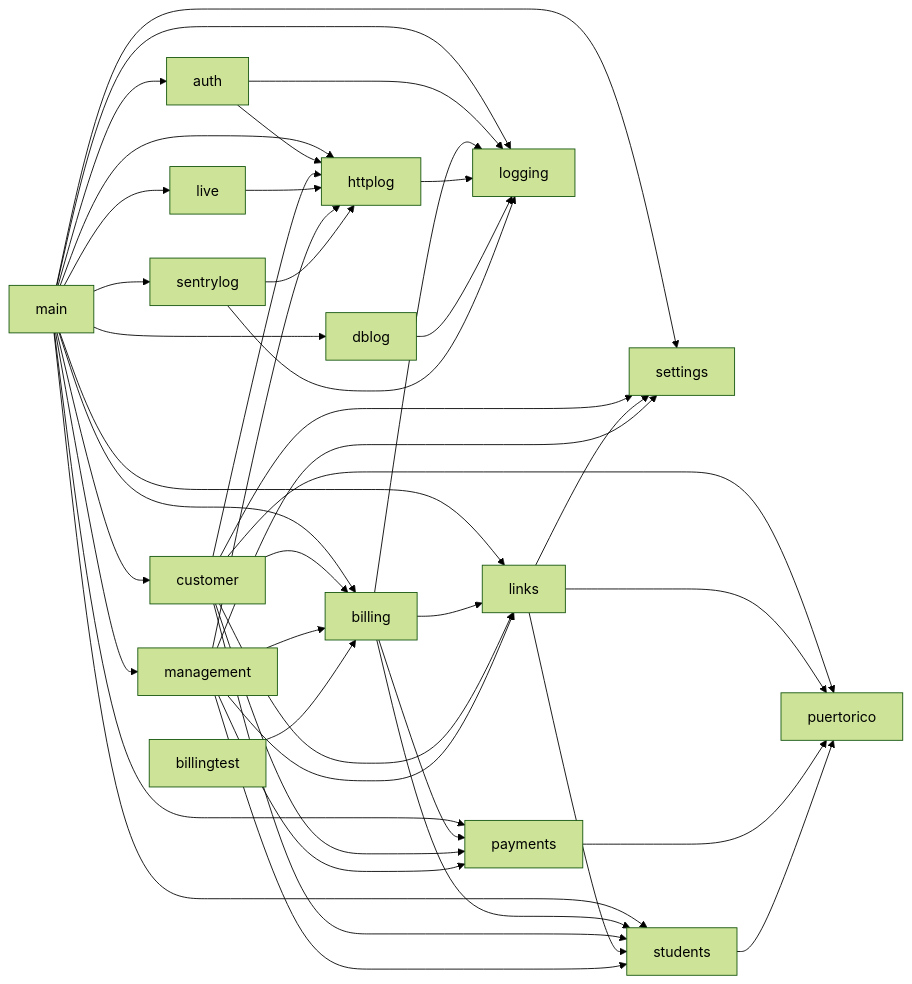
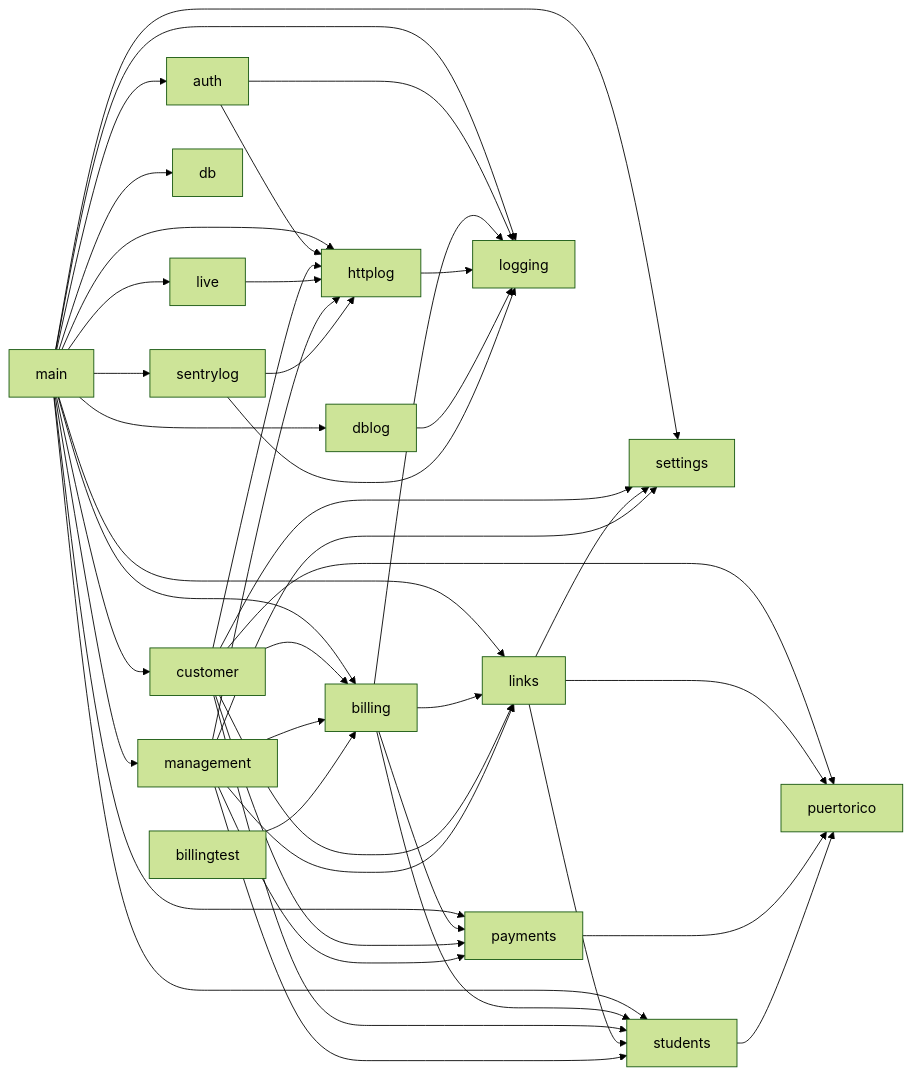
Before and after one commit to devGabriel131/ProjectHermes: the second of 3 diagrams in docs/architecture.md, drawn with Mermaid (forest theme). The commit also changed other lines of this file and 12 other files, not shown here.

````diff
--- a/docs/architecture.md
+++ b/docs/architecture.md
@@ -52,46 +52,47 @@
 ```mermaid
 flowchart LR
   main --> auth
   main --> billing
   main --> customer
   main --> links
   main --> live
   main --> logging
+  main --> db
   main --> dblog
   main --> httplog
   main --> sentrylog
   main --> management
   main --> payments
   main --> settings
   main --> students
   auth --> logging
   auth --> httplog
   billing --> links
   billing --> logging
   billing --> payments
   billing --> students
   customer --> billing
   customer --> links
   customer --> httplog
   customer --> payments
   customer --> puertorico
   customer --> settings
   customer --> students
   links --> puertorico
   links --> settings
   links --> students
   live --> httplog
   management --> billing
   management --> links
   management --> httplog
   management --> payments
   management --> settings
   management --> students
   httplog --> logging
   dblog --> logging
   sentrylog --> logging
   sentrylog --> httplog
   payments --> puertorico
   students --> puertorico
   billingtest --> billing
 ```
````
